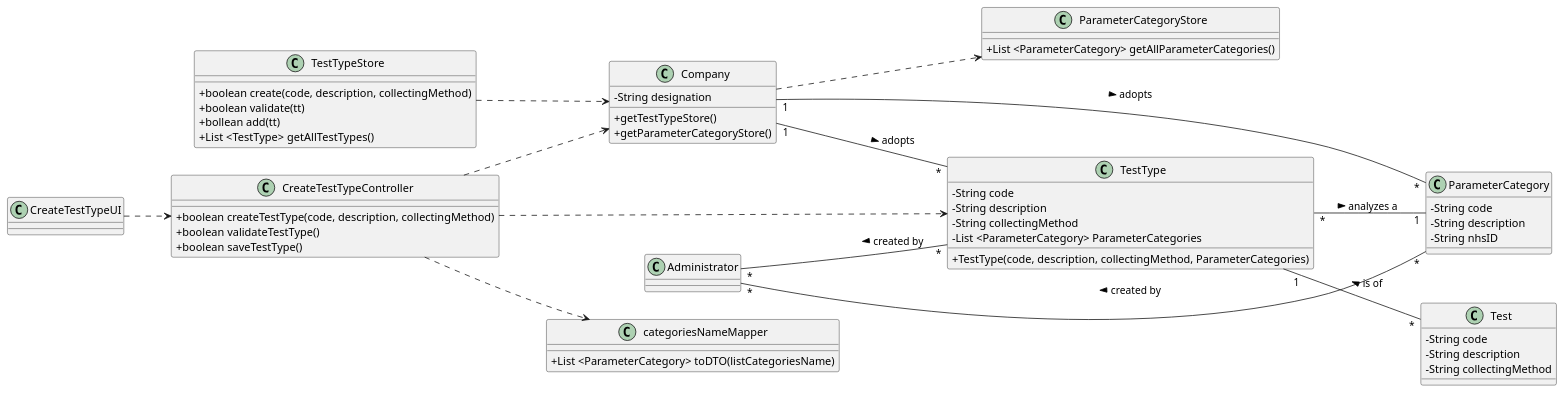
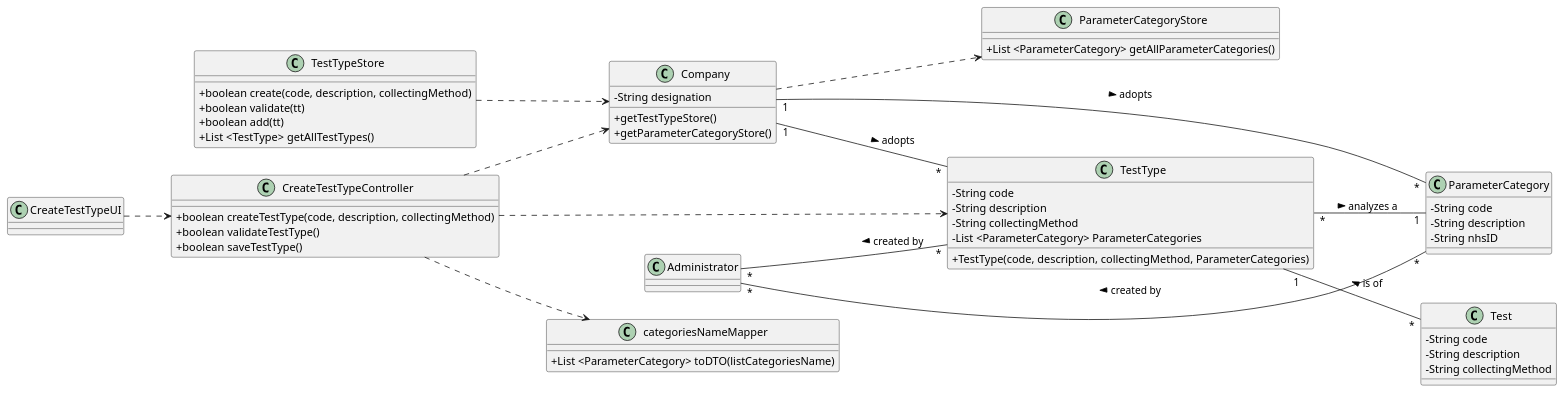
The diagram in docs/SprintB/US09/US09-CD.puml (0franciscor/lei-21-s2-1de-g19), drawn with PlantUML before and after one commit. The commit also changed 4 other files, not shown here.

```diff
--- a/docs/SprintB/US09/US09-CD.puml
+++ b/docs/SprintB/US09/US09-CD.puml
@@ -1,79 +1,79 @@
 @startuml
 skinparam classAttributeIconSize 0
 left to right direction
 
 class "Company" as C {
 -String designation
 +getTestTypeStore()
 +getParameterCategoryStore()
 }
 
 class "categoriesNameMapper" as cNM {
 +List <ParameterCategory> toDTO(listCategoriesName)
 }
 
 class "TestTypeStore" as TTS{
 +boolean create(code, description, collectingMethod)
 +boolean validate(tt)
-+bollean add(tt)
++boolean add(tt)
 +List <TestType> getAllTestTypes()
 }
 
 class "ParameterCategoryStore" as PCS{
 +List <ParameterCategory> getAllParameterCategories()
 }
 
 class "TestType" as TT {
 -String code
 -String description
 -String collectingMethod
 -List <ParameterCategory> ParameterCategories
 +TestType(code, description, collectingMethod, ParameterCategories)
 }
 
 class "CreateTestTypeController" as CTTC {
 +boolean createTestType(code, description, collectingMethod)
 +boolean validateTestType()
 +boolean saveTestType()
 }
 
 class "Test" as T{
 -String code
 -String description
 -String collectingMethod
 }
 
 class "ParameterCategory" as PC{
 -String code
 -String description
 -String nhsID
 }
 
 class "CreateTestTypeUI" as CTTUI
 class "TestType" as TT
 class "CreateTestTypeController" as CTTC
 class "Administrator" as admin
 
 CTTUI ..> CTTC
 
 C ..> PCS
 
 TTS ..> C
 
 CTTC ..> TT
 CTTC ..> C
 CTTC ..> cNM
 
 
 TT "1" -- "*" T: < is of
 TT "*" -- "1" PC : > analyzes a
 
 C "1" -- "*" TT : > adopts
 C "1" -- "*" PC : > adopts
 
 admin "*" -- "*" PC : < created by
 
 admin "*" -- "*" TT : < created by
 
 
 @enduml
```
